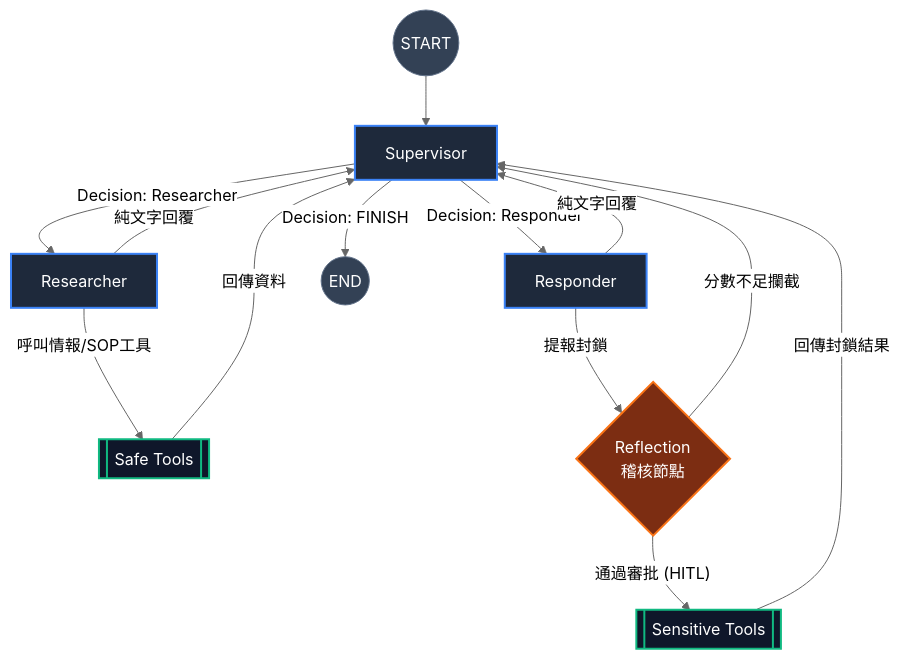
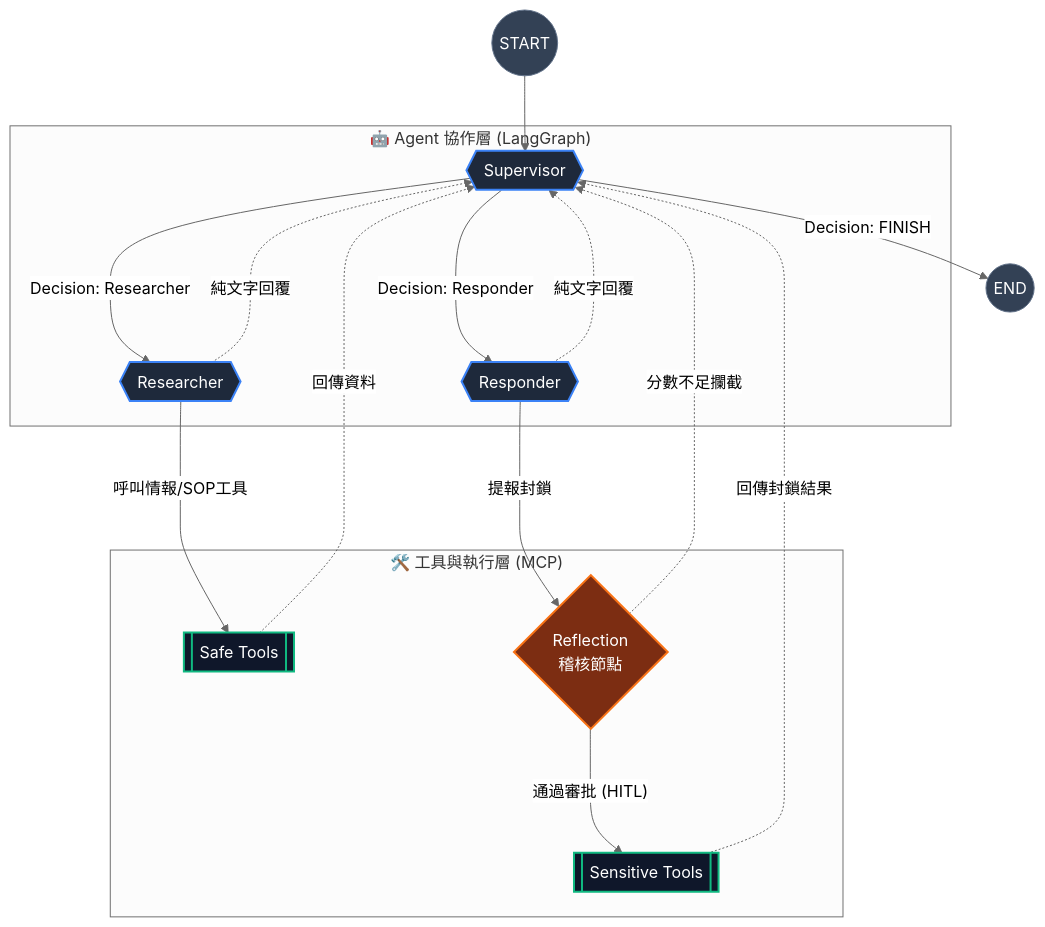
The diagram in README.md (shaochi-wu/ai-threat-hunter), drawn with Mermaid (neutral theme) before and after one commit.

````diff
--- a/README.md
+++ b/README.md
@@ -25,25 +25,44 @@
 ```mermaid
 graph TD
-    classDef core fill:#1e293b,stroke:#3b82f6,stroke-width:2px,color:#fff;
-    classDef tool fill:#0f172a,stroke:#10b981,stroke-width:2px,color:#fff;
-    classDef reflect fill:#7c2d12,stroke:#f97316,stroke-width:2px,color:#fff;
+    %% 定義樣式 (加入 rx, ry 增加現代感圓角)
+    classDef core fill:#1e293b,stroke:#3b82f6,stroke-width:2px,color:#fff,rx:8,ry:8;
+    classDef tool fill:#0f172a,stroke:#10b981,stroke-width:2px,color:#fff,rx:8,ry:8;
+    classDef reflect fill:#7c2d12,stroke:#f97316,stroke-width:2px,color:#fff,rx:8,ry:8;
     classDef default fill:#334155,stroke:#64748b,color:#fff;
 
-    START((START)) --> Supervisor:::core
+    START((START))
 
-    Supervisor -->|"Decision: Researcher"| Researcher:::core
-    Supervisor -->|"Decision: Responder"| Responder:::core
-    Supervisor -->|"Decision: FINISH"| END_NODE((END))
+    %% 使用 Subgraph 將不同架構層級區分開來
+    subgraph Agent_Layer ["🤖 Agent 協作層 (LangGraph)"]
+        Supervisor{{"Supervisor"}}:::core
+        Researcher{{"Researcher"}}:::core
+        Responder{{"Responder"}}:::core
+    end
 
-    Researcher -->|"呼叫情報/SOP工具"| safe_tools[[Safe Tools]]:::tool
-    Researcher -->|"純文字回覆"| Supervisor
-    safe_tools -->|"回傳資料"| Supervisor
+    subgraph Tool_Layer ["🛠️ 工具與執行層 (MCP)"]
+        safe_tools[["Safe Tools"]]:::tool
+        reflect{"Reflection<br>稽核節點"}:::reflect
+        sensitive_tools[["Sensitive Tools"]]:::tool
+    end
 
-    Responder -->|"提報封鎖"| reflect{Reflection<br>稽核節點}:::reflect
-    Responder -->|"純文字回覆"| Supervisor
+    END_NODE((END))
 
-    reflect -->|"分數不足攔截"| Supervisor
-    reflect -->|"通過審批 (HITL)"| sensitive_tools[[Sensitive Tools]]:::tool
-    
-    sensitive_tools -->|"回傳封鎖結果"| Supervisor
+    %% 向下控制流 (實線加長 ---> 拉開排版空間)
+    START --> Supervisor
+
+    Supervisor --->|"Decision: Researcher"| Researcher
+    Supervisor --->|"Decision: Responder"| Responder
+    Supervisor -->|"Decision: FINISH"| END_NODE
+
+    Researcher --->|"呼叫情報/SOP工具"| safe_tools
+    Responder --->|"提報封鎖"| reflect
+    reflect --->|"通過審批 (HITL)"| sensitive_tools
+
+    %% 向上資料/狀態回傳流 (改用虛線 -.-> 降低視覺混亂感)
+    safe_tools -.->|"回傳資料"| Supervisor
+    Researcher -.->|"純文字回覆"| Supervisor
+
+    reflect -.->|"分數不足攔截"| Supervisor
+    sensitive_tools -.->|"回傳封鎖結果"| Supervisor
+    Responder -.->|"純文字回覆"| Supervisor
 ```
````
